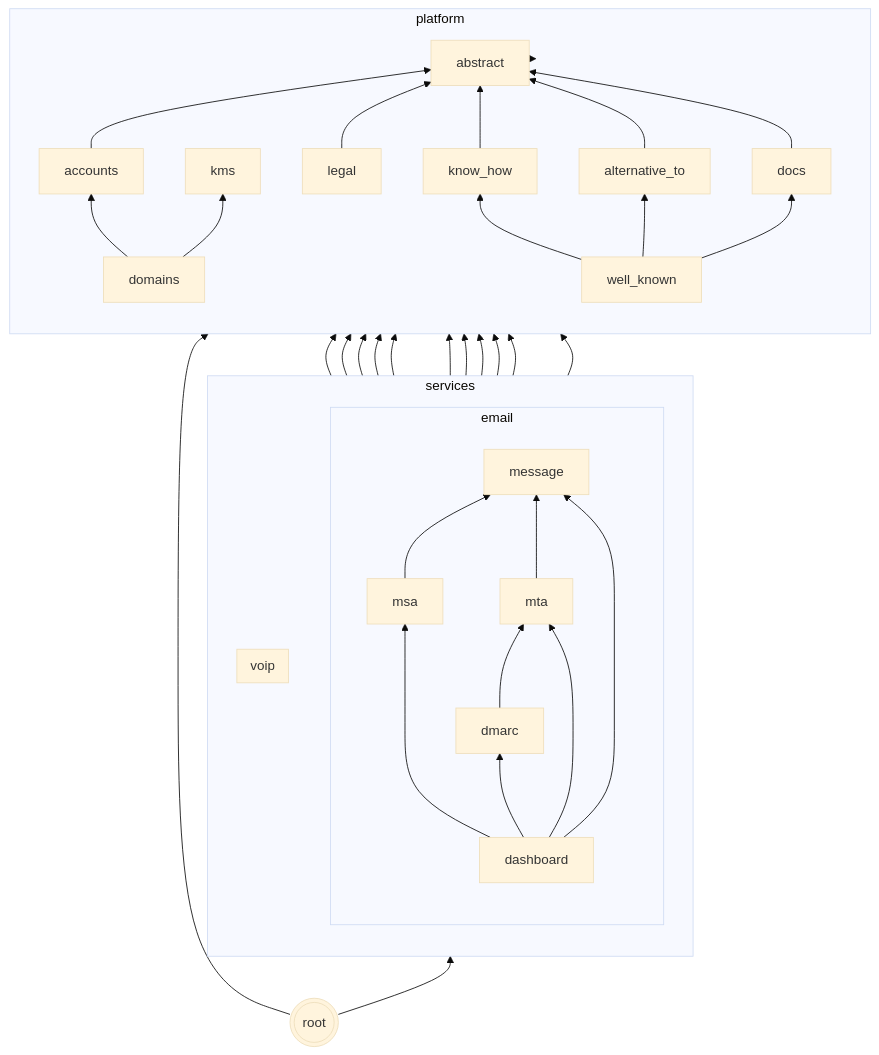
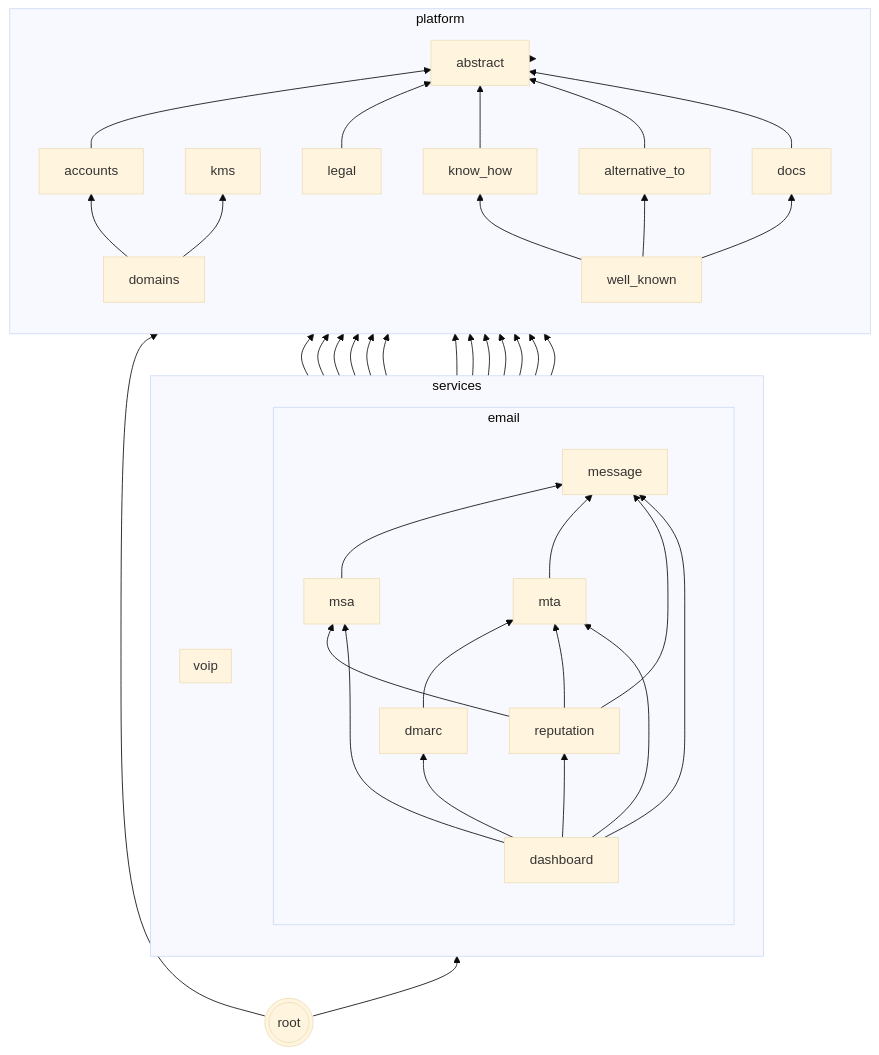
The second of 2 diagrams in README.md (codingjoe/relay), drawn with Mermaid (base theme) before and after one commit. The commit also changed other lines of this file and 90 other files, not shown here.

````diff
--- a/README.md
+++ b/README.md
@@ -172,61 +191,68 @@
 ```mermaid
 graph BT
  abstract[abstract];
  kms[kms];
  subgraph platform
  direction BT
  accounts
  domains
  know_how[know_how]
  alternative_to[alternative_to]
  docs
  legal
  well_known[well_known]
  domains --> accounts
  accounts --> abstract
  domains --> kms
  legal --> abstract
  know_how --> abstract
  alternative_to --> abstract
  docs --> abstract
  well_known --> know_how
  well_known --> alternative_to
  well_known --> docs
  end
  subgraph services
  direction BT
  subgraph email
  direction BT
  dashboard[dashboard]
  message[message]
  msa
  mta
  dmarc
+ reputation
  message --> accounts
  message --> domains
  msa --> message
  msa --> accounts
  msa --> domains
  msa --> kms
  mta --> message
  mta --> accounts
  mta --> domains
  mta --> kms
  dmarc --> accounts
  dmarc --> domains
  dmarc --> mta
+ reputation --> mta
+ reputation --> message
+ reputation --> domains
+ reputation --> accounts
+ reputation --> msa
  dashboard --> message
  dashboard --> msa
  dashboard --> mta
  dashboard --> dmarc
+ dashboard --> reputation
  end
  subgraph voip
  direction BT
  end
  end
  services --> platform;
  platform --> abstract;
  root --> services;
  root --> platform;
  root(((root)))
 ```
````
